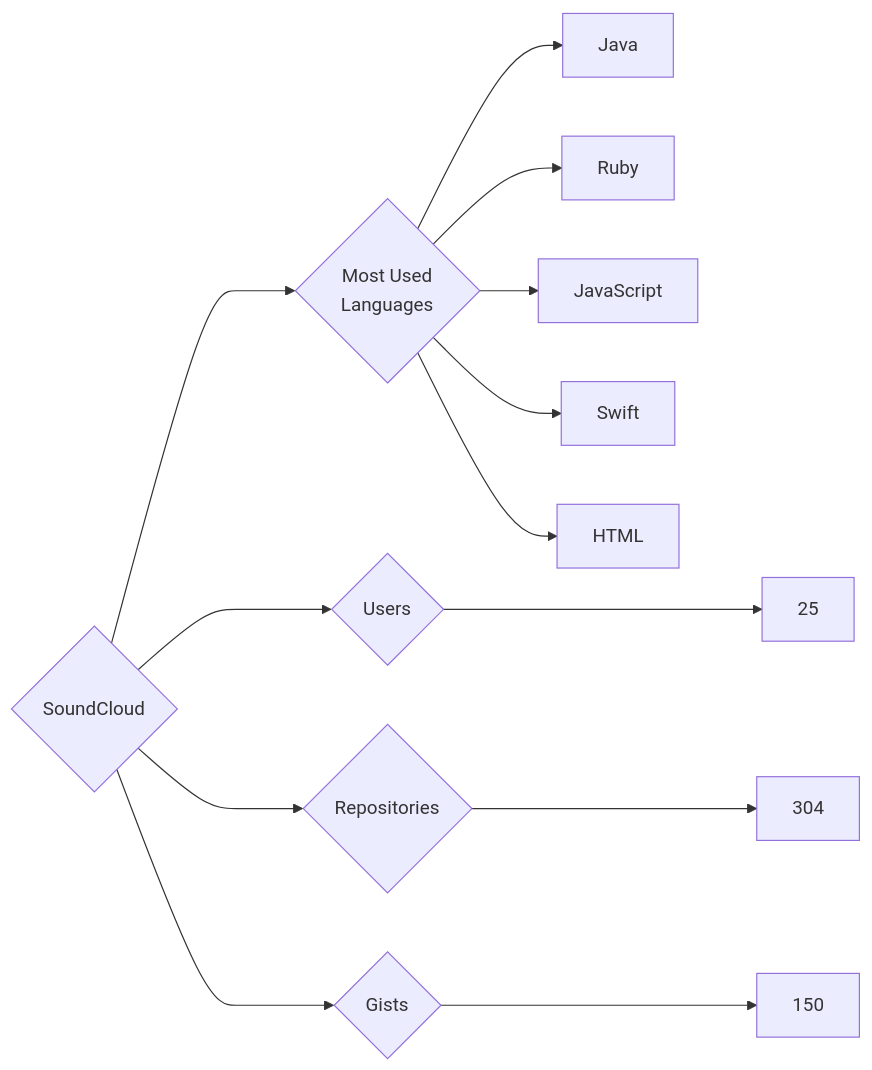
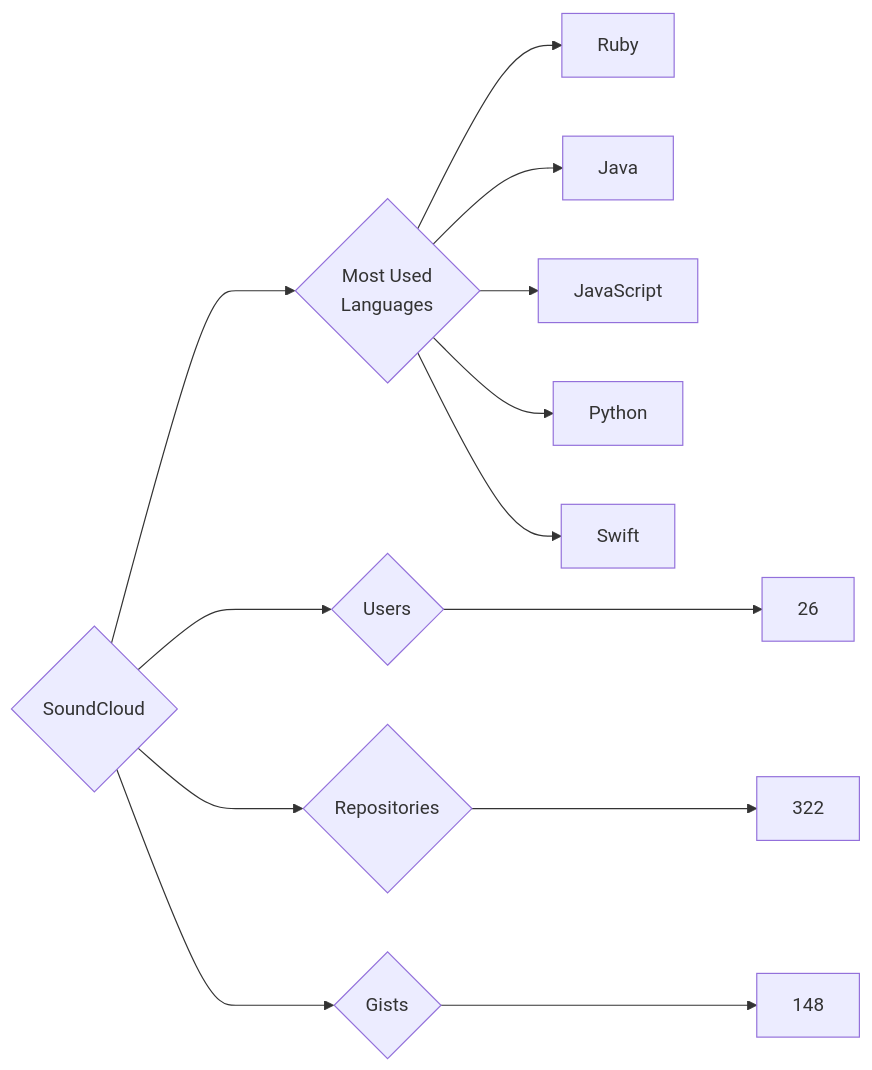
The diagram in targets/SoundCloud/README.md (trickest/insiders), drawn with Mermaid before and after one commit. The commit also changed 677 other files, not shown here.

````diff
--- a/targets/SoundCloud/README.md
+++ b/targets/SoundCloud/README.md
@@ -3,13 +3,13 @@
 ```mermaid
 graph LR
 COMPANY_NAME{SoundCloud}
-COMPANY_NAME ---> U{Users} ---> UN[25]
-COMPANY_NAME ---> R{Repositories} ---> RN[304]
-COMPANY_NAME ---> G{Gists} ---> GN[150]
+COMPANY_NAME ---> U{Users} ---> UN[26]
+COMPANY_NAME ---> R{Repositories} ---> RN[322]
+COMPANY_NAME ---> G{Gists} ---> GN[148]
 COMPANY_NAME ---> ML{Most Used<br>Languages}
+ML --> Ruby[Ruby]
 ML --> Java[Java]
-ML --> Ruby[Ruby]
 ML --> JavaScript[JavaScript]
+ML --> Python[Python]
 ML --> Swift[Swift]
-ML --> HTML[HTML]
 ```
````
